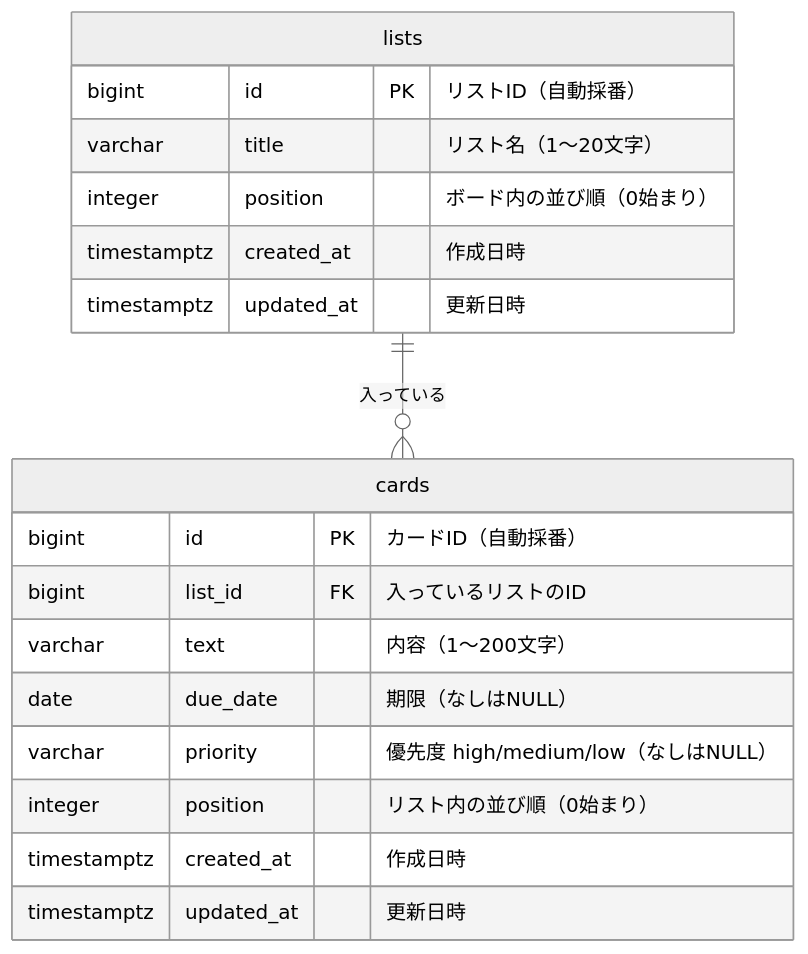
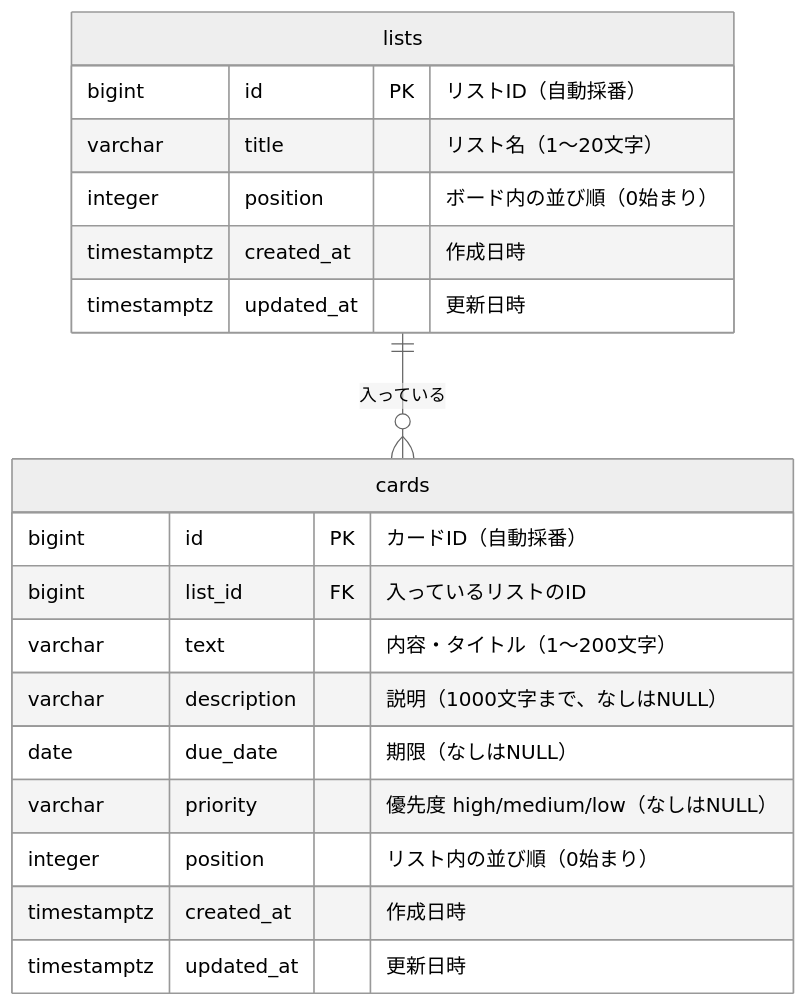
One commit to nozomi-jp/task-app changed the diagram in docs/requirements/04-system-design.md. Above: the diagram before and after it, drawn with Mermaid (neutral theme). The commit also changed other lines of this file and 21 other files, not shown here.

````diff
--- a/docs/requirements/04-system-design.md
+++ b/docs/requirements/04-system-design.md
@@ -47,21 +47,22 @@
 ```mermaid
 erDiagram
     lists ||--o{ cards : "入っている"
     lists {
         bigint id PK "リストID（自動採番）"
         varchar title "リスト名（1〜20文字）"
         integer position "ボード内の並び順（0始まり）"
         timestamptz created_at "作成日時"
         timestamptz updated_at "更新日時"
     }
     cards {
         bigint id PK "カードID（自動採番）"
         bigint list_id FK "入っているリストのID"
-        varchar text "内容（1〜200文字）"
+        varchar text "内容・タイトル（1〜200文字）"
+        varchar description "説明（1000文字まで、なしはNULL）"
         date due_date "期限（なしはNULL）"
         varchar priority "優先度 high/medium/low（なしはNULL）"
         integer position "リスト内の並び順（0始まり）"
         timestamptz created_at "作成日時"
         timestamptz updated_at "更新日時"
     }
 ```
````
